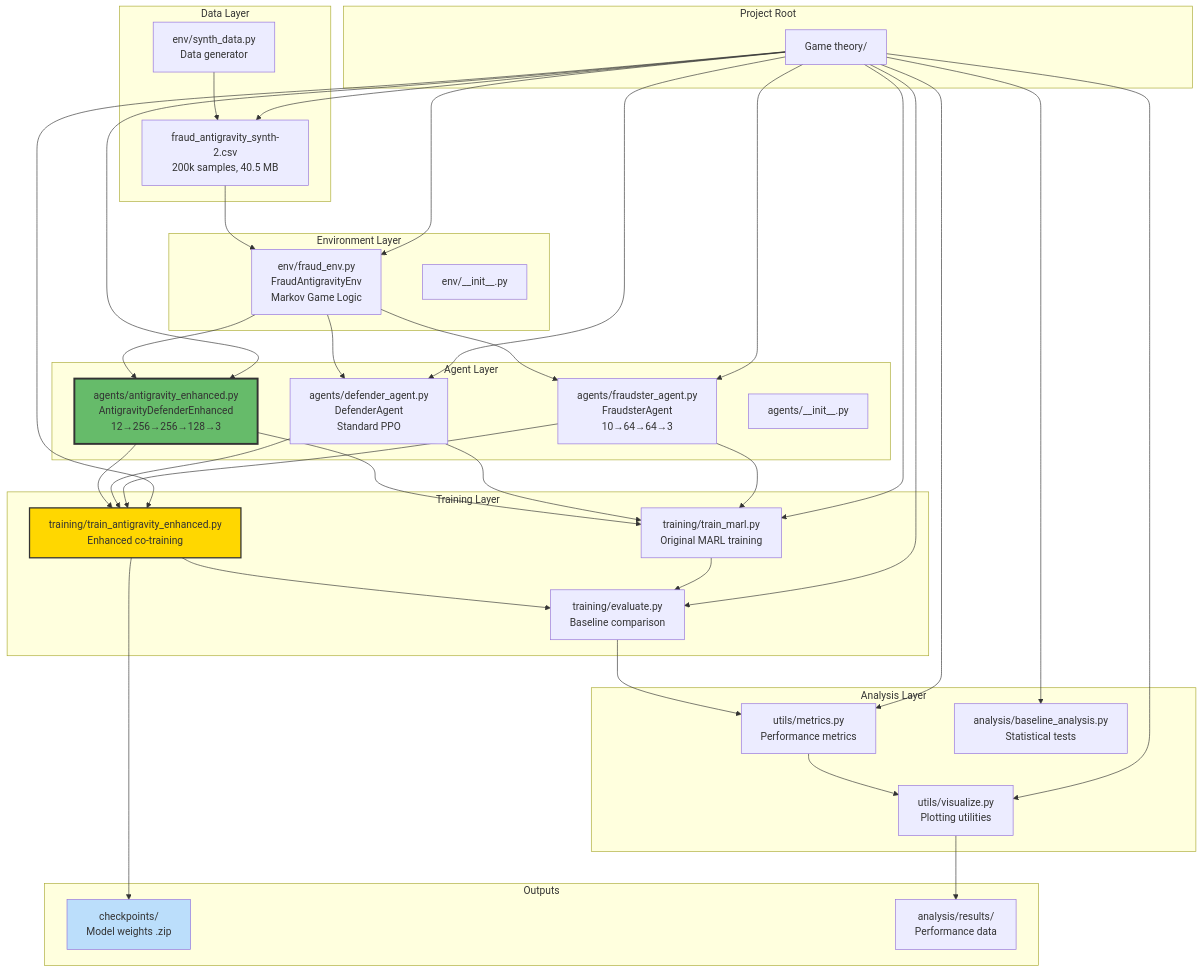
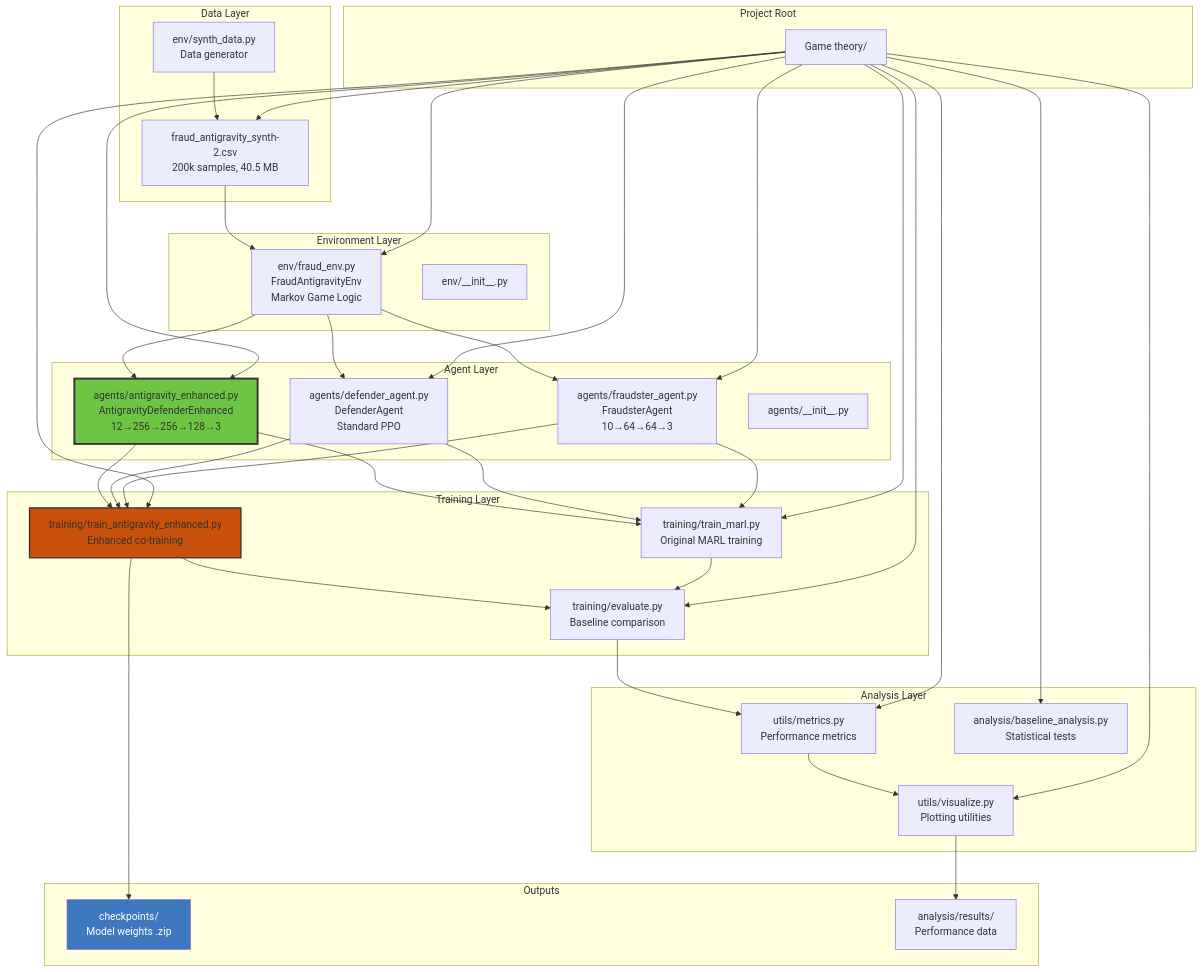
Before and after one commit to HelloCol2/markov-fraud-antigravity: diagram 12 of 14 in README.md, drawn with Mermaid. The commit also changed other lines of this file, not shown here.

````diff
--- a/README.md
+++ b/README.md
@@ -727,60 +726,60 @@
 ```mermaid
 graph TB
     subgraph "Project Root"
         Root[Game theory/]
     end
     
     subgraph "Data Layer"
         Data[fraud_antigravity_synth-2.csv<br/>200k samples, 40.5 MB]
         SynthScript[env/synth_data.py<br/>Data generator]
     end
     
     subgraph "Environment Layer"
         Env[env/fraud_env.py<br/>FraudAntigravityEnv<br/>Markov Game Logic]
         Init1[env/__init__.py]
     end
     
     subgraph "Agent Layer"
         Fraudster[agents/fraudster_agent.py<br/>FraudsterAgent<br/>10→64→64→3]
         Defender[agents/defender_agent.py<br/>DefenderAgent<br/>Standard PPO]
         Enhanced[agents/antigravity_enhanced.py<br/>AntigravityDefenderEnhanced<br/>12→256→256→128→3]
         Init2[agents/__init__.py]
     end
     
     subgraph "Training Layer"
         Train1[training/train_marl.py<br/>Original MARL training]
         Train2[training/train_antigravity_enhanced.py<br/>Enhanced co-training]
         Eval[training/evaluate.py<br/>Baseline comparison]
     end
     
     subgraph "Analysis Layer"
         Metrics[utils/metrics.py<br/>Performance metrics]
         Viz[utils/visualize.py<br/>Plotting utilities]
         Baseline[analysis/baseline_analysis.py<br/>Statistical tests]
     end
     
     subgraph "Outputs"
         Checkpoints[checkpoints/<br/>Model weights .zip]
         Results[analysis/results/<br/>Performance data]
     end
     
     Root --> Data
     Root --> Env
     Root --> Fraudster & Defender & Enhanced
     Root --> Train1 & Train2 & Eval
     Root --> Metrics & Viz & Baseline
     
     Data --> Env
     SynthScript --> Data
     Env --> Fraudster & Defender & Enhanced
     Fraudster & Defender & Enhanced --> Train1 & Train2
     Train1 & Train2 --> Eval
     Eval --> Metrics
     Metrics --> Viz
     Viz --> Results
     Train2 --> Checkpoints
     
-    style Enhanced fill:#66bb6a,stroke:#333,stroke-width:3px
-    style Train2 fill:#ffd700,stroke:#333,stroke-width:2px
-    style Checkpoints fill:#bbdefb
+    style Enhanced fill:#6cc644,stroke:#333,stroke-width:3px
+    style Train2 fill:#c9510c,stroke:#333,stroke-width:2px
+    style Checkpoints fill:#4078c0,color:#fff
 ```
````
